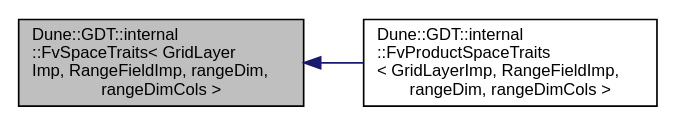
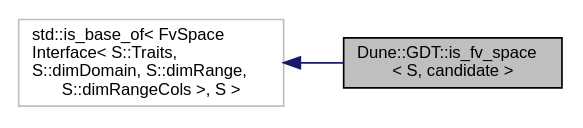
The diagram in docs/dune-gdt/''/a02647.dot (dune-community/dune-community.github.io), drawn with Graphviz before and after one commit. The commit also changed 2442 other files, not shown here.

Commit message:
Updated documentation for dune-gdt ''

```diff
--- a/docs/dune-gdt/''/a02647.dot
+++ b/docs/dune-gdt/''/a02647.dot
@@ -1,9 +1,9 @@
-digraph "Dune::GDT::internal::FvSpaceTraits&lt; GridLayerImp, RangeFieldImp, rangeDim, rangeDimCols &gt;"
+digraph "Dune::GDT::is_fv_space&lt; S, candidate &gt;"
 {
   edge [fontname="Helvetica",fontsize="10",labelfontname="Helvetica",labelfontsize="10"];
   node [fontname="Helvetica",fontsize="10",shape=record];
   rankdir="LR";
-  Node0 [label="Dune::GDT::internal\l::FvSpaceTraits\< GridLayer\lImp, RangeFieldImp, rangeDim,\l rangeDimCols \>",height=0.2,width=0.4,color="black", fillcolor="grey75", style="filled", fontcolor="black"];
-  Node0 -> Node1 [dir="back",color="midnightblue",fontsize="10",style="solid",fontname="Helvetica"];
-  Node1 [label="Dune::GDT::internal\l::FvProductSpaceTraits\l\< GridLayerImp, RangeFieldImp,\l rangeDim, rangeDimCols \>",height=0.2,width=0.4,color="black", fillcolor="white", style="filled",URL="$a02676.html"];
+  Node0 [label="Dune::GDT::is_fv_space\l\< S, candidate \>",height=0.2,width=0.4,color="black", fillcolor="grey75", style="filled", fontcolor="black"];
+  Node1 -> Node0 [dir="back",color="midnightblue",fontsize="10",style="solid",fontname="Helvetica"];
+  Node1 [label="std::is_base_of\< FvSpace\lInterface\< S::Traits,\l S::dimDomain, S::dimRange,\l S::dimRangeCols \>, S \>",height=0.2,width=0.4,color="grey75", fillcolor="white", style="filled"];
 }
```
